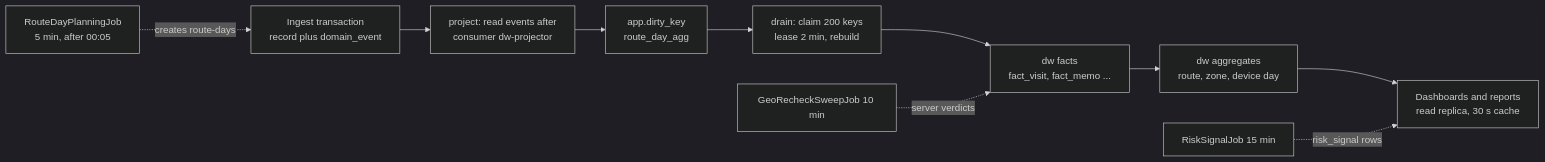
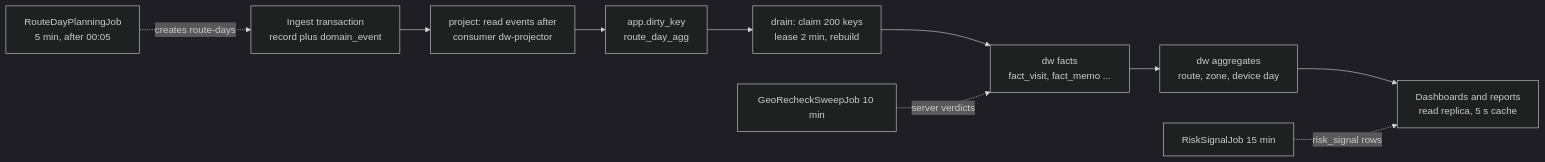
One commit to asefameerador96-ctrl/Aron-Pro-Max changed the fourth of 8 diagrams in docs/33-final-azure-architecture/part-c-low-level-application-data.md. Above: the diagram before and after it, drawn with Mermaid (dark theme). The commit also changed other lines of this file and 3 other files, not shown here.

````diff
--- a/docs/33-final-azure-architecture/part-c-low-level-application-data.md
+++ b/docs/33-final-azure-architecture/part-c-low-level-application-data.md
@@ -469,17 +469,17 @@
 ```mermaid
 flowchart LR
     ING["Ingest transaction<br/>record plus domain_event"]
     PRJ["project: read events after<br/>consumer dw-projector"]
     DK["app.dirty_key<br/>route_day_agg"]
     DRN["drain: claim 200 keys<br/>lease 2 min, rebuild"]
     FACT["dw facts<br/>fact_visit, fact_memo ..."]
     AGG["dw aggregates<br/>route, zone, device day"]
-    API["Dashboards and reports<br/>read replica, 30 s cache"]
+    API["Dashboards and reports<br/>read replica, 5 s cache"]
     PLN["RouteDayPlanningJob<br/>5 min, after 00:05"]
     RSK["RiskSignalJob 15 min"]
     GEO["GeoRecheckSweepJob 10 min"]
     ING --> PRJ --> DK --> DRN --> FACT --> AGG --> API
     PLN -.creates route-days.-> ING
     RSK -.risk_signal rows.-> API
     GEO -.server verdicts.-> FACT
 ```
````
